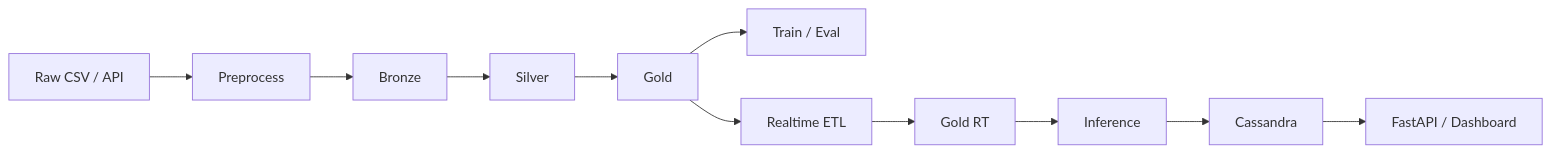
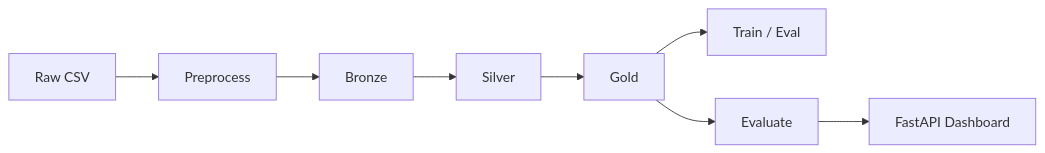
The diagram in README.md (WinYoon0101/beijing_air_quality_bigdata), drawn with Mermaid before and after one commit. The commit also changed other lines of this file and 57 other files, not shown here.

````diff
--- a/README.md
+++ b/README.md
@@ -14,13 +13,10 @@
 ```mermaid
 flowchart LR
-	RAW[Raw CSV / API] --> PRE[Preprocess]
+	RAW[Raw CSV] --> PRE[Preprocess]
 	PRE --> BRONZE[Bronze]
 	BRONZE --> SILVER[Silver]
 	SILVER --> GOLD[Gold]
 	GOLD --> TRAIN[Train / Eval]
-	GOLD --> RT[Realtime ETL]
-	RT --> GOLDRT[Gold RT]
-	GOLDRT --> INF[Inference]
-	INF --> CASS[Cassandra]
-	CASS --> API[FastAPI / Dashboard]
+	GOLD --> EVAL[Evaluate]
+	EVAL --> API[FastAPI Dashboard]
 ```
````
